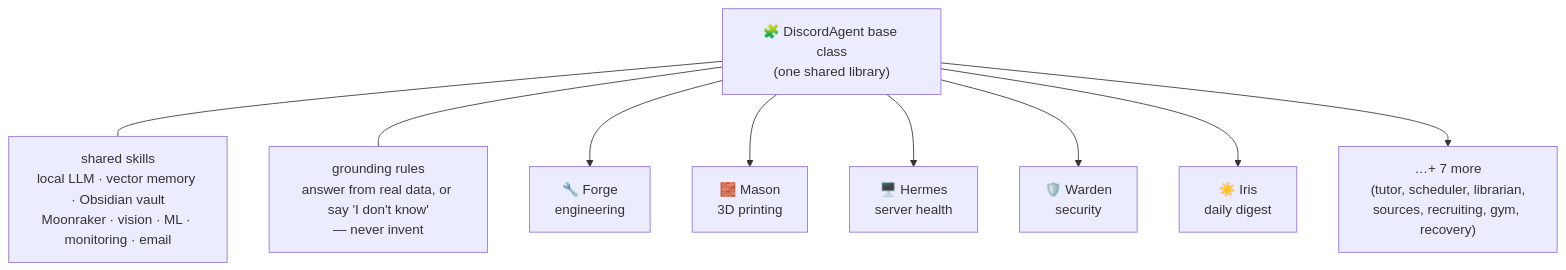
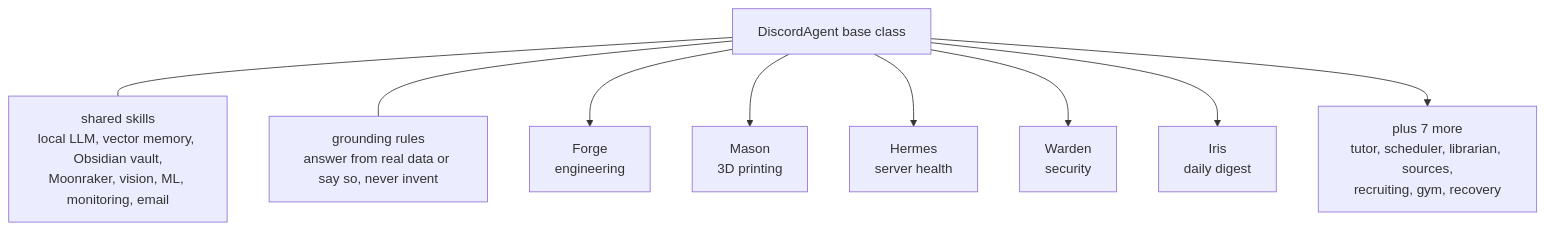
One commit to kubinokitsune/homelab-agent-skills changed the diagram in README.md. Above: the diagram before and after it, drawn with Mermaid.

Commit message:
Fix the blank mermaid render: strip special chars from labels
GitHub rendered the block to an empty box -- a silent mermaid parse
failure on the parentheses/apostrophe/em-dash in the node labels. Use
plain ASCII labels (letters and commas only); same diagram, valid syntax.

````diff
--- a/README.md
+++ b/README.md
@@ -11,14 +11,14 @@
 ```mermaid
 graph TD
-    B["🧩 DiscordAgent base class<br/>(one shared library)"]
-    SK["shared skills<br/>local LLM · vector memory · Obsidian vault<br/>Moonraker · vision · ML · monitoring · email"]
-    GR["grounding rules<br/>answer from real data, or say 'I don't know'<br/>— never invent"]
+    B["DiscordAgent base class"]
+    SK["shared skills<br/>local LLM, vector memory, Obsidian vault,<br/>Moonraker, vision, ML, monitoring, email"]
+    GR["grounding rules<br/>answer from real data or say so, never invent"]
     B --- SK
     B --- GR
-    B --> F["🔧 Forge<br/>engineering"]
-    B --> M["🧱 Mason<br/>3D printing"]
-    B --> H["🖥️ Hermes<br/>server health"]
-    B --> W["🛡️ Warden<br/>security"]
-    B --> I["☀️ Iris<br/>daily digest"]
-    B --> MORE["…+ 7 more<br/>(tutor, scheduler, librarian,<br/>sources, recruiting, gym, recovery)"]
+    B --> F["Forge<br/>engineering"]
+    B --> M["Mason<br/>3D printing"]
+    B --> H["Hermes<br/>server health"]
+    B --> W["Warden<br/>security"]
+    B --> I["Iris<br/>daily digest"]
+    B --> MORE["plus 7 more<br/>tutor, scheduler, librarian, sources,<br/>recruiting, gym, recovery"]
 ```
````
